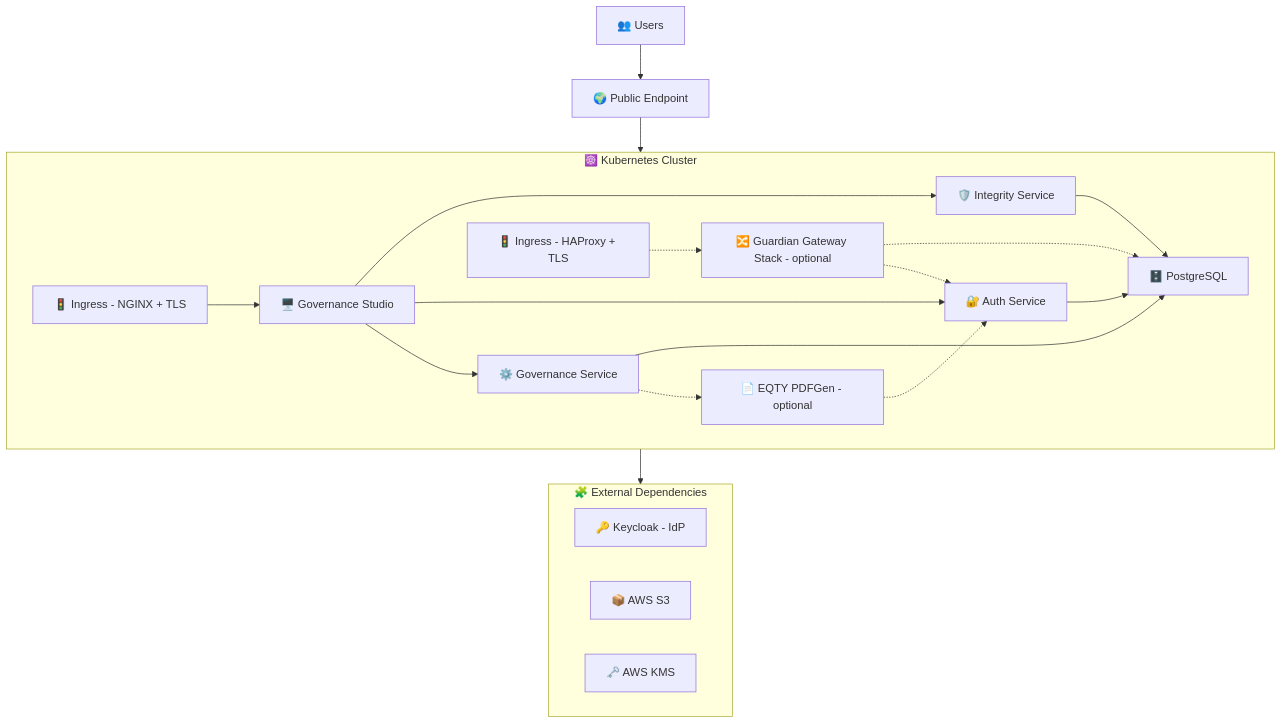
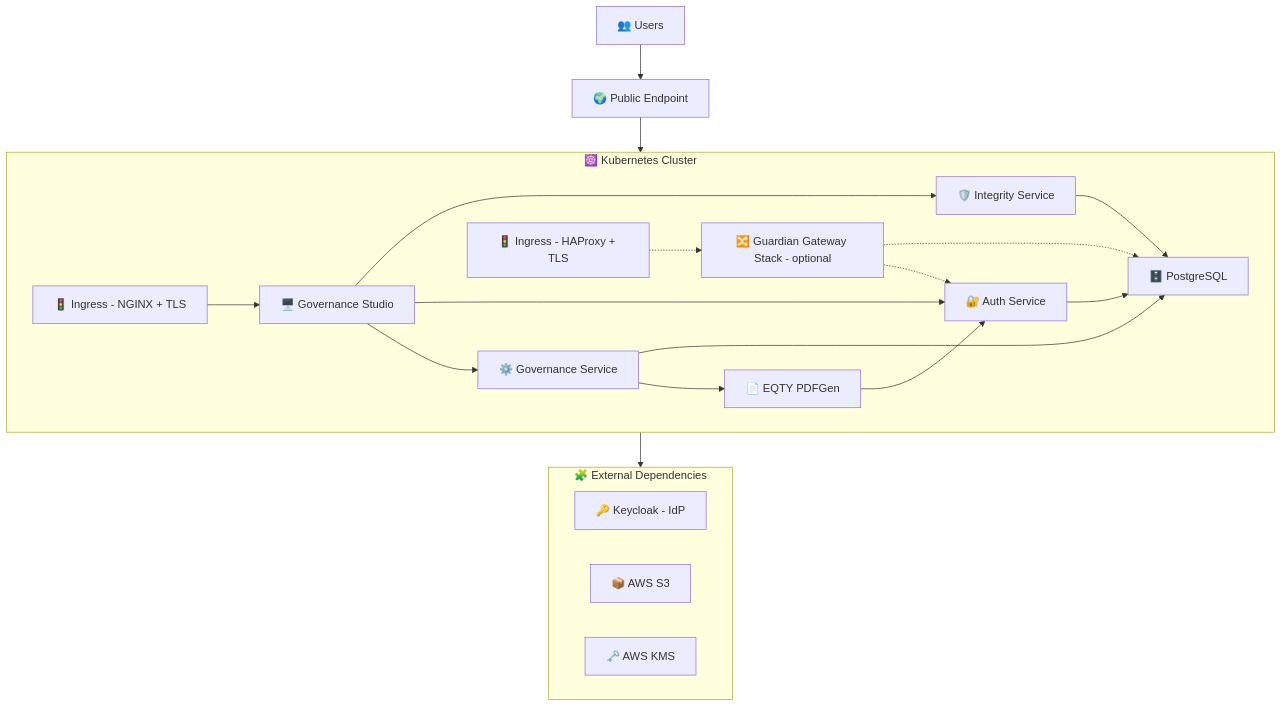
One commit to eqtylab/deployment changed the diagram in docs/keycloak/deployment-guide-aws.md. Above: the diagram before and after it, drawn with Mermaid. The commit also changed other lines of this file and 14 other files, not shown here.

````diff
--- a/docs/keycloak/deployment-guide-aws.md
+++ b/docs/keycloak/deployment-guide-aws.md
@@ -31,33 +31,33 @@
 ```mermaid
 flowchart TD
 
   A[👥 Users] --> PE[🌍 Public Endpoint]
   PE --> K8s
 
   subgraph K8s[☸️ Kubernetes Cluster]
     I[🚦 Ingress - NGINX + TLS] --> GS[🖥️ Governance Studio]
 
     GS --> GSV[⚙️ Governance Service]
     GS --> AUTH[🔐 Auth Service]
     GS --> INT[🛡️ Integrity Service]
 
-    GSV -.-> PDF[📄 EQTY PDFGen - optional]
-    PDF -.-> AUTH
+    GSV --> PDF[📄 EQTY PDFGen]
+    PDF --> AUTH
 
     GWI[🚦 Ingress - HAProxy + TLS] -.-> GW[🔀 Guardian Gateway Stack - optional]
     GW -.-> AUTH
     GW -.-> DB
 
     GSV --> DB[🗄️ PostgreSQL]
     AUTH --> DB
     INT --> DB
   end
 
   subgraph EXT[🧩 External Dependencies]
     KC[🔑 Keycloak - IdP]
     OS[📦 AWS S3]
     KM[🗝️ AWS KMS]
   end
 
   K8s --> EXT
 ```
````
